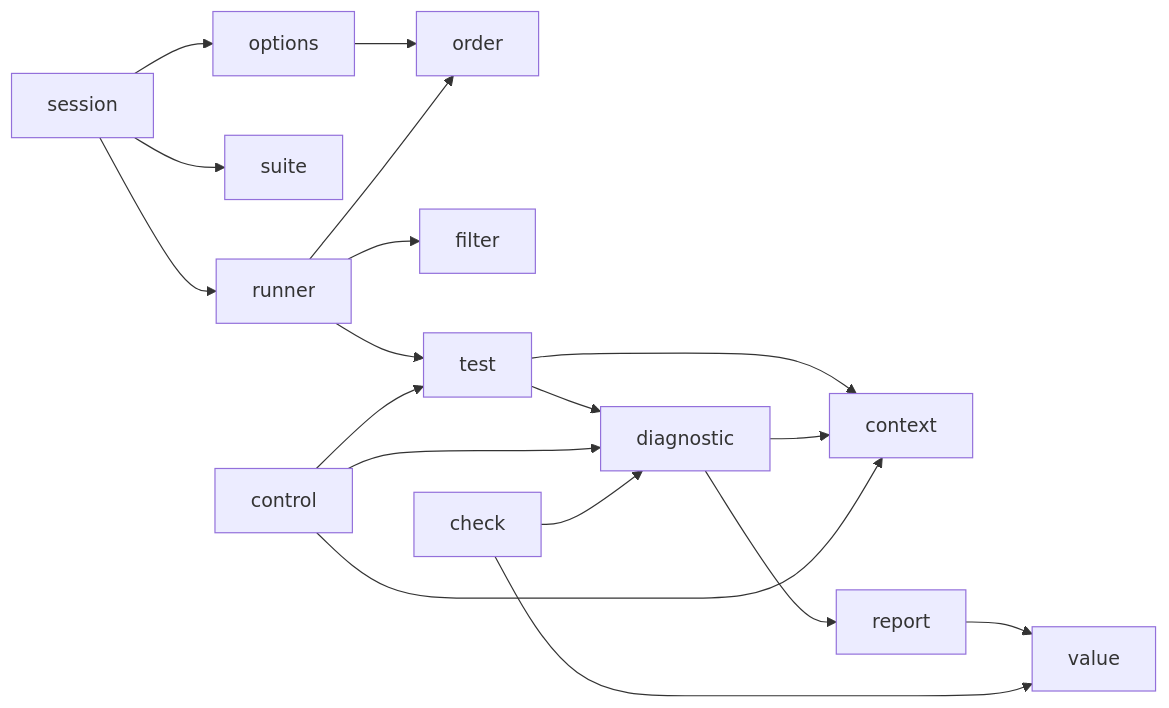
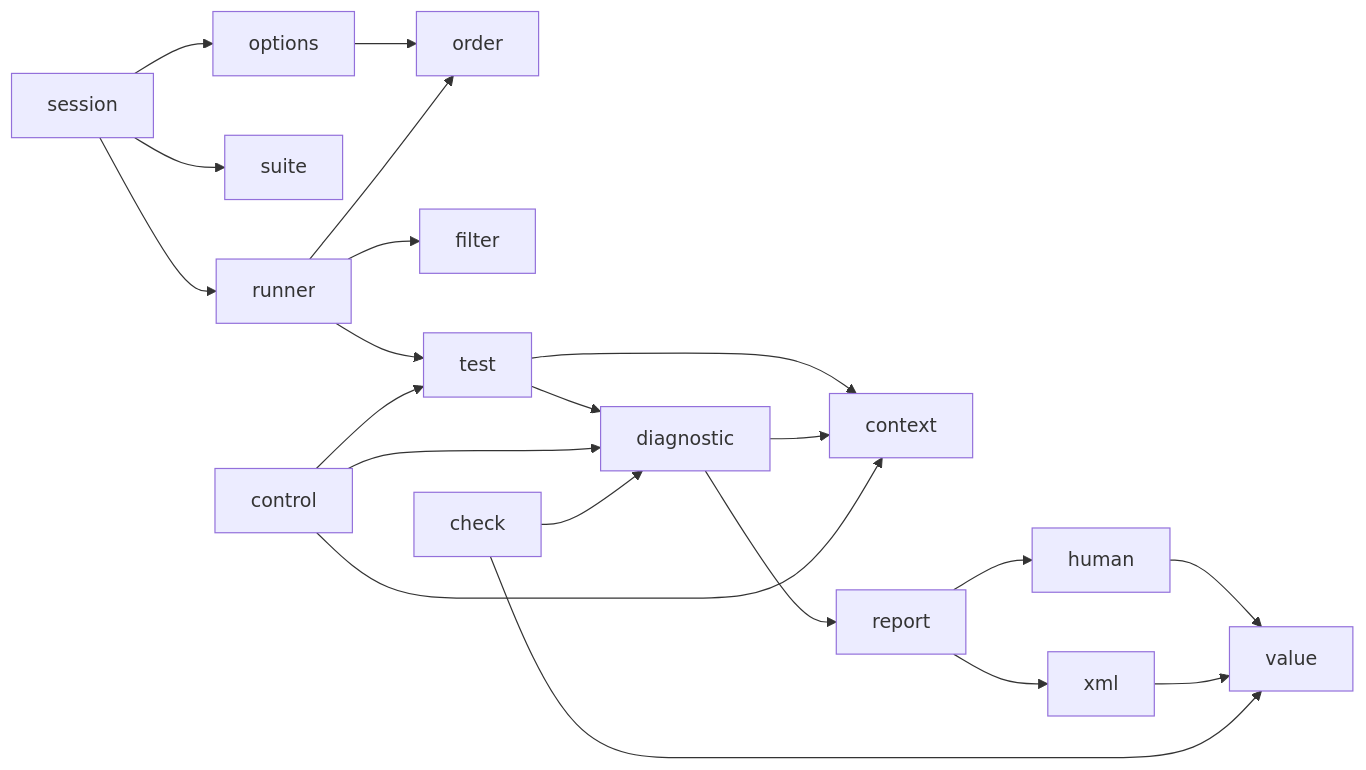
Before and after one commit to vabelorg/naos: the diagram in docs/ja/development/architecture.md, drawn with Mermaid. The commit also changed other lines of this file and 11 other files, not shown here.

````diff
--- a/docs/ja/development/architecture.md
+++ b/docs/ja/development/architecture.md
@@ -52,13 +54,13 @@
 ```mermaid
 flowchart LR
   session --> options --> order
   session --> suite
   session --> runner
   runner --> filter & order
   runner --> test --> diagnostic
   test --> context
   diagnostic --> context
-  diagnostic --> report --> value
+  diagnostic --> report --> human & xml --> value
   control --> test & diagnostic & context
   check --> diagnostic & value
 ```
````
